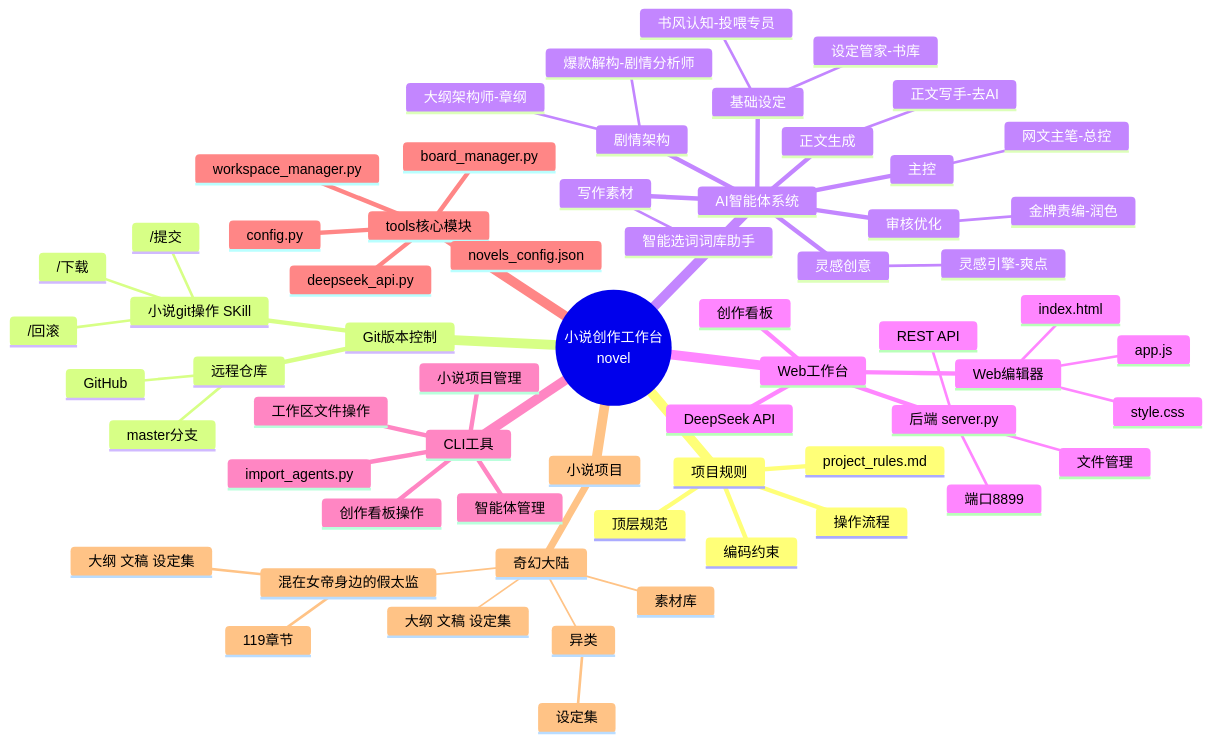
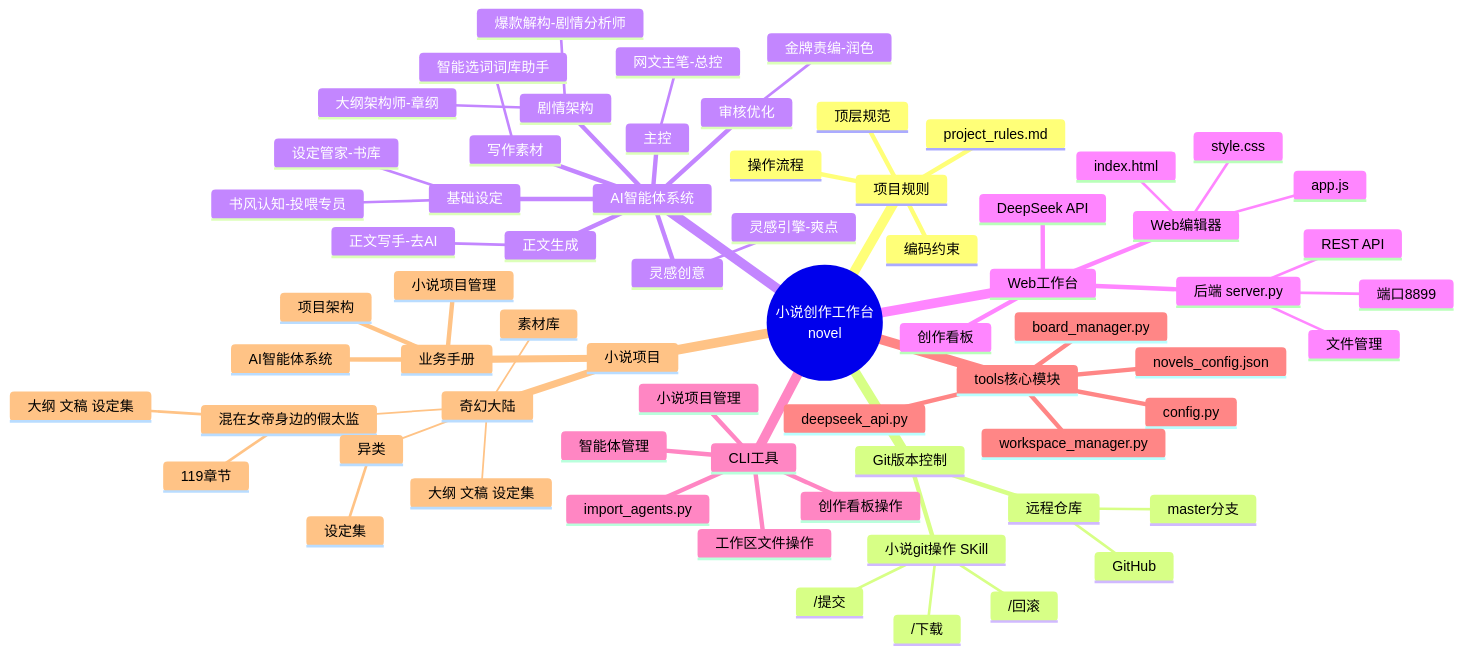
Before and after one commit to LAOYE1988/novel: the first of 3 diagrams in .trae/rules/脑图.md, drawn with Mermaid. The commit also changed other lines of this file and 5 other files, not shown here.

````diff
--- a/.trae/rules/脑图.md
+++ b/.trae/rules/脑图.md
@@ -3,66 +3,70 @@
 ```mermaid
 mindmap
   root((小说创作工作台<br/>novel))
     项目规则
       project_rules.md
       顶层规范
       编码约束
       操作流程
     Git版本控制
       小说git操作 SKill
         /提交
         /下载
         /回滚
       远程仓库
         GitHub
         master分支
     AI智能体系统
       主控
         网文主笔-总控
       基础设定
         设定管家-书库
         书风认知-投喂专员
       剧情架构
         爆款解构-剧情分析师
         大纲架构师-章纲
       正文生成
         正文写手-去AI
       灵感创意
         灵感引擎-爽点
       审核优化
         金牌责编-润色
       写作素材
         智能选词词库助手
     Web工作台
       后端 server.py
         端口8899
         REST API
         文件管理
       Web编辑器
         index.html
         app.js
         style.css
       创作看板
       DeepSeek API
     CLI工具
       import_agents.py
       智能体管理
       小说项目管理
       创作看板操作
       工作区文件操作
     tools核心模块
       config.py
       deepseek_api.py
       board_manager.py
       workspace_manager.py
       novels_config.json
    小说项目
      奇幻大陆
        大纲 文稿 设定集
       混在女帝身边的假太监
        大纲 文稿 设定集
        119章节
       异类
        设定集
       素材库
+    业务手册
+      AI智能体系统
+      项目架构
+      小说项目管理
 ```
````
